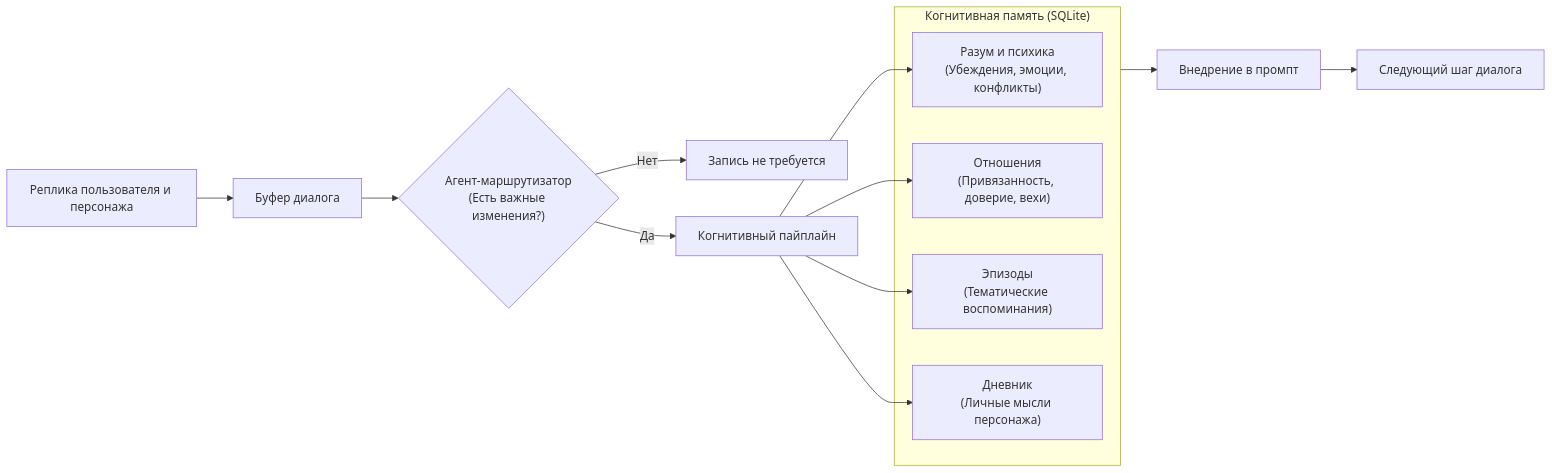
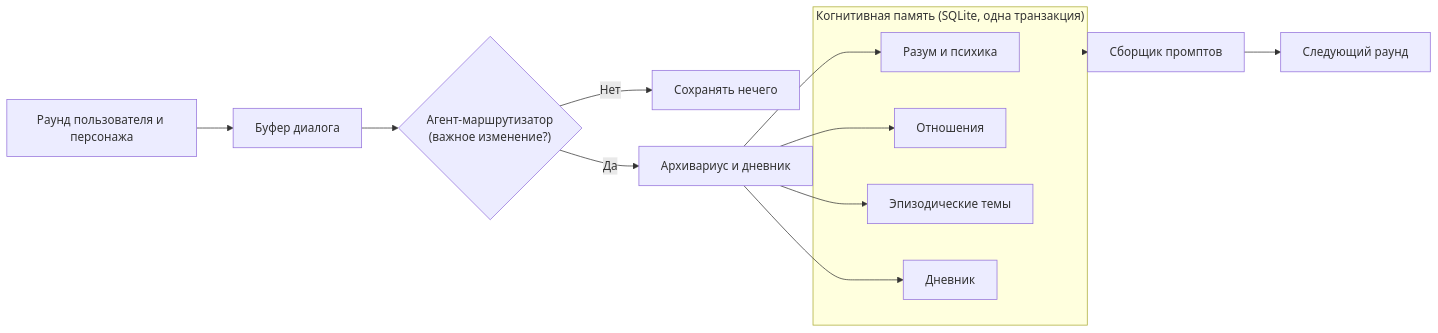
Before and after one commit to SnowwhiteOakheart/OtakuSoul: the second of 2 diagrams in README.ru.md, drawn with Mermaid. The commit also changed other lines of this file and 45 other files, not shown here.

````diff
--- a/README.ru.md
+++ b/README.ru.md
@@ -207,23 +223,15 @@
 ```mermaid
 flowchart LR
-    Turn["Реплика пользователя и персонажа"] --> Buffer["Буфер диалога"]
-    Buffer --> Router{"Агент-маршрутизатор\n(Есть важные изменения?)"}
-
-    Router -->|Нет| Idle["Запись не требуется"]
-    Router -->|Да| Pipeline["Когнитивный пайплайн"]
-
-    subgraph SQLiteMemory["Когнитивная память (SQLite)"]
-        Psyche["Разум и психика\n(Убеждения, эмоции, конфликты)"]
-        Rel["Отношения\n(Привязанность, доверие, вехи)"]
-        Episodes["Эпизоды\n(Тематические воспоминания)"]
-        Diary["Дневник\n(Личные мысли персонажа)"]
+    Turn["Раунд пользователя и персонажа"] --> Buffer["Буфер диалога"]
+    Buffer --> Router{"Агент-маршрутизатор<br/>(важное изменение?)"}
+    Router -->|Нет| Idle["Сохранять нечего"]
+    Router -->|Да| Pipeline["Архивариус и дневник"]
+    subgraph SQLiteMemory["Когнитивная память (SQLite, одна транзакция)"]
+        Psyche["Разум и психика"]
+        Rel["Отношения"]
+        Episodes["Эпизодические темы"]
+        Diary["Дневник"]
     end
-
-    Pipeline --> Psyche
-    Pipeline --> Rel
-    Pipeline --> Episodes
-    Pipeline --> Diary
-
-    SQLiteMemory --> Prompt["Внедрение в промпт"]
-    Prompt --> NextTurn["Следующий шаг диалога"]
+    Pipeline --> Psyche & Rel & Episodes & Diary
+    SQLiteMemory --> Prompt["Сборщик промптов"] --> Next["Следующий раунд"]
 ```
````
